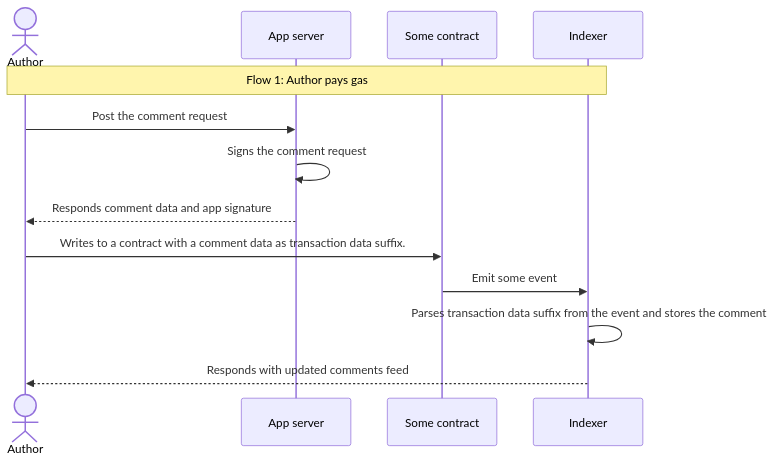
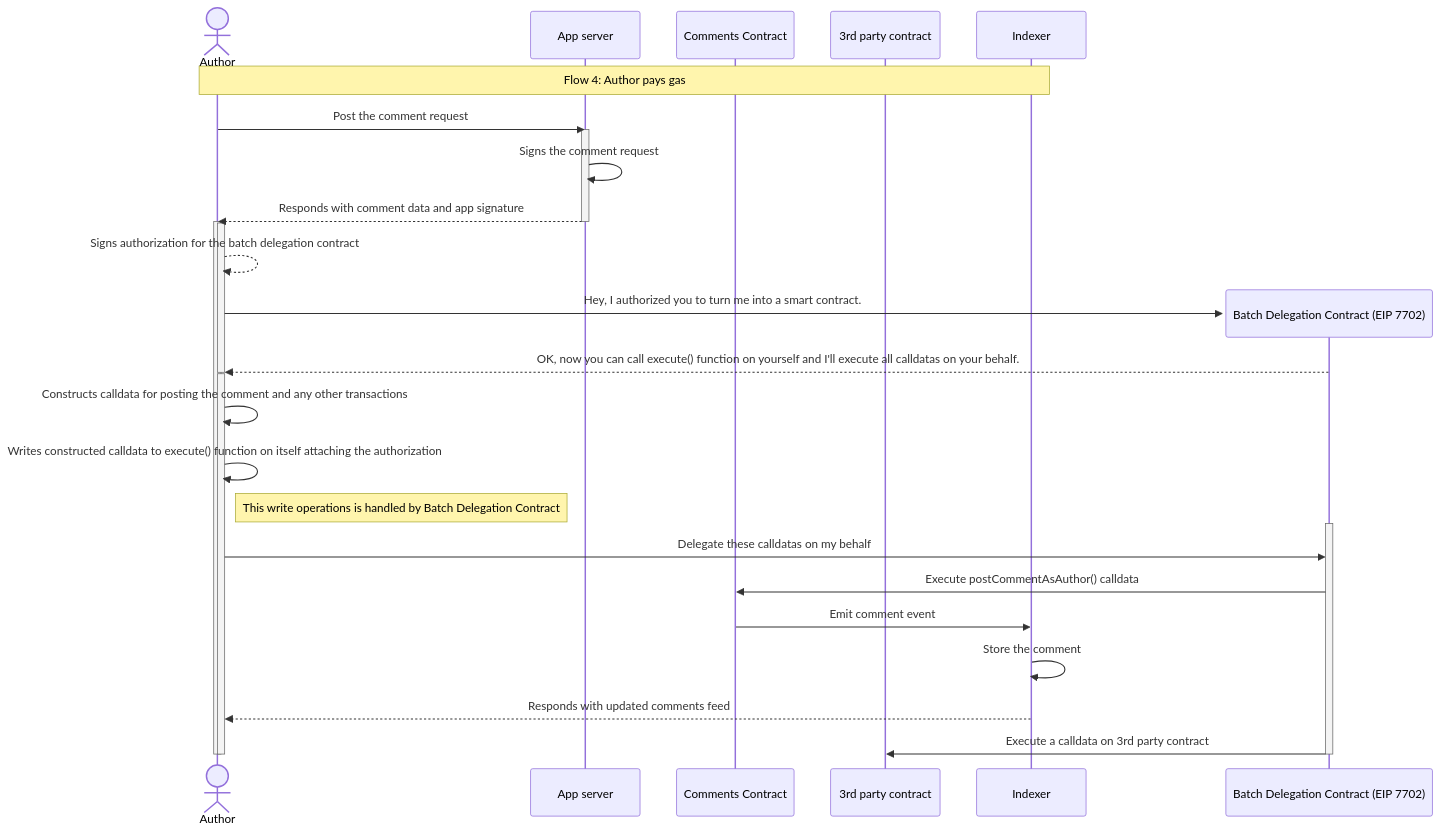
One commit to ecp-eth/comments-monorepo changed the fourth of 4 diagrams in docs/pages/post-comment-flows.mdx. Above: the diagram before and after it, drawn with Mermaid. The commit also changed other lines of this file and 4 other files, not shown here.

````diff
--- a/docs/pages/post-comment-flows.mdx
+++ b/docs/pages/post-comment-flows.mdx
@@ -125,17 +125,46 @@
 ```mermaid
 sequenceDiagram
     actor Author
     participant App server
-    participant Some contract
+    participant Comments Contract
+    participant 3rd party contract
     participant Indexer
 
-    %% Flow 3: Author pays gas
-    Note over Author,Indexer: Flow 1: Author pays gas
+    %% Flow 4: Author pays gas
+    Note over Author,Indexer: Flow 4: Author pays gas
+
     Author->>App server: Post the comment request
+    activate App server
     App server->>App server: Signs the comment request
-    App server-->>Author: Responds comment data and app signature
-    Author->>Some contract: Writes to a contract with a comment data as transaction data suffix.
-    Some contract->>Indexer: Emit some event
-    Indexer->>Indexer: Parses transaction data suffix from the event and stores the comment
+    App server-->>Author: Responds with comment data and app signature
+    deactivate App server
+
+    activate Author
+    activate Author
+    Author-->>Author: Signs authorization for the batch delegation contract
+
+    create participant Batch Delegation Contract (EIP 7702)
+    Author->>Batch Delegation Contract (EIP 7702): Hey, I authorized you to turn me into a smart contract.
+    Batch Delegation Contract (EIP 7702)-->>Author: OK, now you can call execute() function on yourself and I'll execute all calldatas on your behalf.
+    deactivate Author
+
+    activate Author
+    Author->>Author: Constructs calldata for posting the comment and any other transactions
+    Author->>Author: Writes constructed calldata to execute() function on itself attaching the authorization
+    note right of Author: This write operations is handled by Batch Delegation Contract
+
+    activate Batch Delegation Contract (EIP 7702)
+    Author->>Batch Delegation Contract (EIP 7702): Delegate these calldatas on my behalf
+    Batch Delegation Contract (EIP 7702)->>Comments Contract: Execute postCommentAsAuthor() calldata
+    Comments Contract->>Indexer: Emit comment event
+    Indexer->>Indexer: Store the comment
     Indexer-->>Author: Responds with updated comments feed
+
+    Batch Delegation Contract (EIP 7702)->>3rd party contract: Execute a calldata on 3rd party contract
+    deactivate Batch Delegation Contract (EIP 7702)
+    deactivate Author
+
+    destroy Batch Delegation Contract
+
+    deactivate Author
 ```
````
